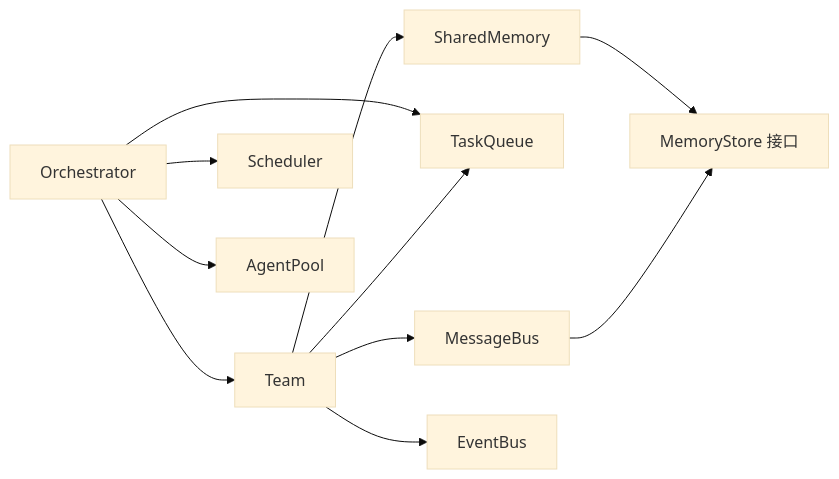
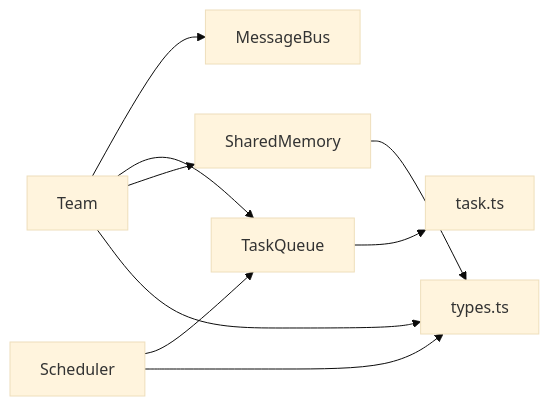
One commit to haolange/open-multi-agent changed the sixth of 6 diagrams in .qoder/repowiki/zh/content/API 参考/团队 API.md. Above: the diagram before and after it, drawn with Mermaid (base theme). The commit also changed other lines of this file and 100 other files, not shown here.

````diff
--- a/.qoder/repowiki/zh/content/API 参考/团队 API.md
+++ b/.qoder/repowiki/zh/content/API 参考/团队 API.md
@@ -285,13 +342,11 @@
 ```mermaid
 graph LR
-Team --> MessageBus
-Team --> TaskQueue
-Team --> SharedMemory
-Team --> EventBus
-MessageBus --> Types["Message 接口"]
-SharedMemory --> Types["MemoryStore 接口"]
-Orchestrator --> Team
-Orchestrator --> TaskQueue
-Orchestrator --> Scheduler
-Orchestrator --> AgentPool
+Team["Team"] --> MB["MessageBus"]
+Team --> Q["TaskQueue"]
+Team --> SM["SharedMemory"]
+Q --> TU["task.ts"]
+Sched["Scheduler"] --> Q
+Sched --> Types["types.ts"]
+Team --> Types
+SM --> Types
 ```
````
